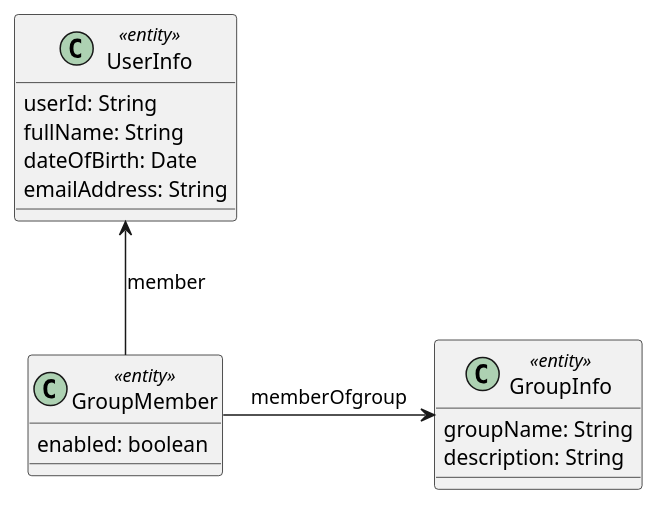
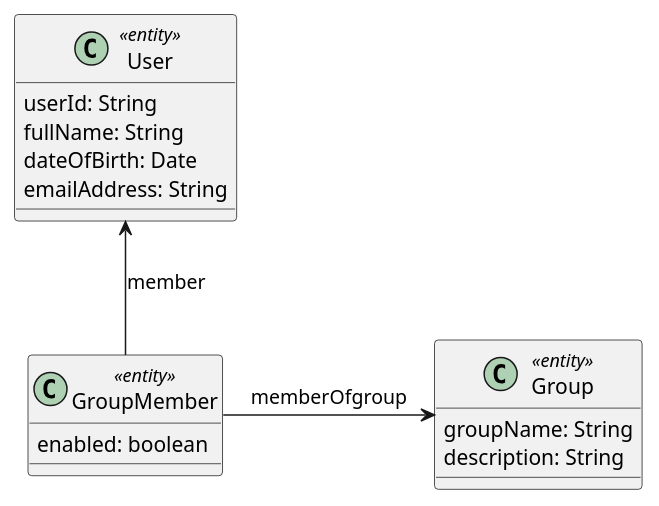
One commit to corneil/spring-data-rest-angular-demo changed the diagram in src/docs/images/spring-data-rest-demo-data-model.puml. Above: the diagram before and after it, drawn with PlantUML. The commit also changed 24 other files, not shown here.

```diff
--- a/src/docs/images/spring-data-rest-demo-data-model.puml
+++ b/src/docs/images/spring-data-rest-demo-data-model.puml
@@ -1,20 +1,20 @@
 @startuml
 
-class UserInfo << entity >> {
+class User << entity >> {
     userId: String
     fullName: String
     dateOfBirth: Date
     emailAddress: String
 }
-class GroupInfo << entity >> {
+class Group << entity >> {
     groupName: String
     description: String
 }
 class GroupMember << entity >> {
     enabled: boolean
 }
 
-GroupMember -right-> GroupInfo: memberOfgroup
-GroupMember -up-> UserInfo: member
+GroupMember -right-> Group: memberOfgroup
+GroupMember -up-> User: member
 
 @enduml
```
